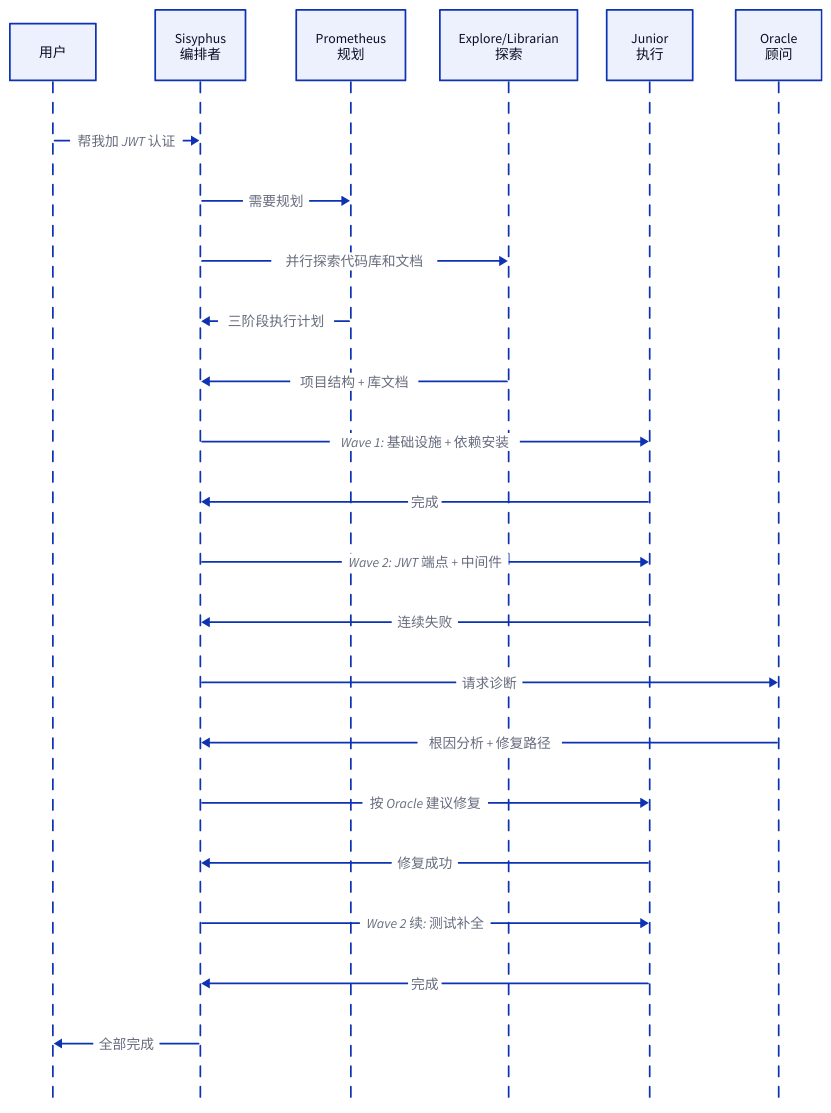
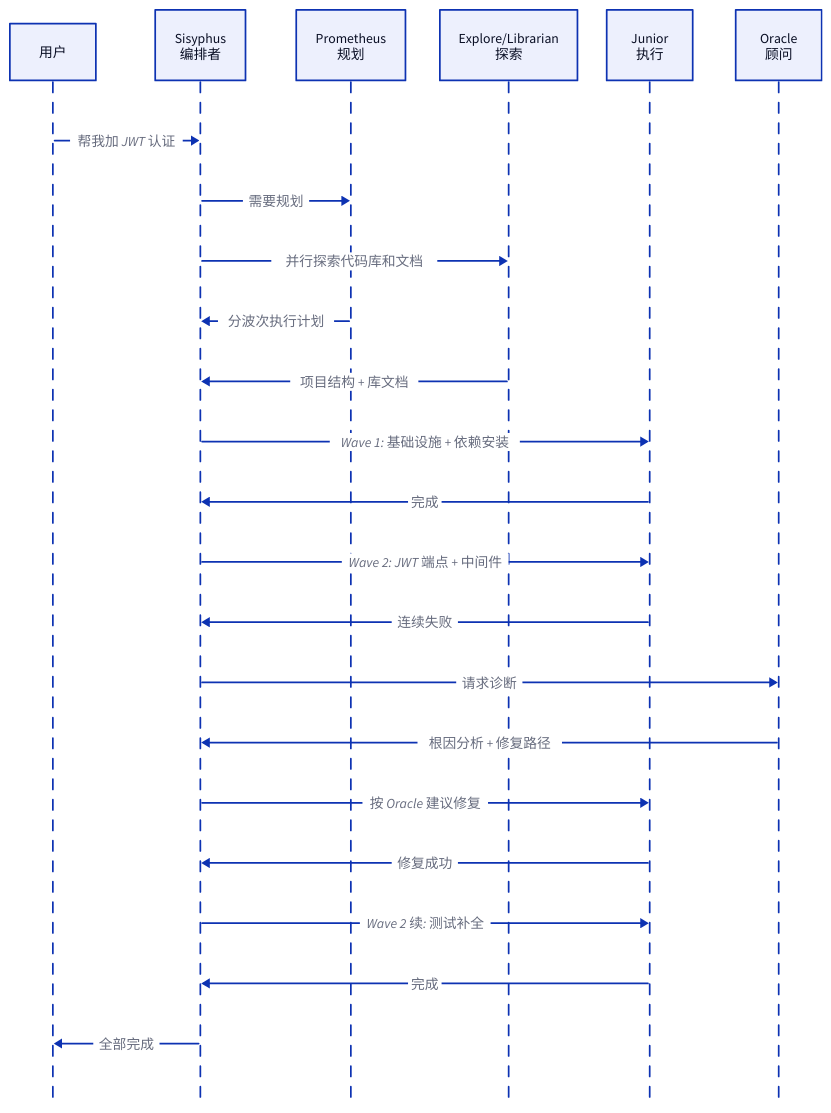
One commit to jsl9208/blog changed the second of 2 diagrams in src/data/blog/zh/oh-my-opencode-part-1.md. Above: the diagram before and after it, drawn with D2. The commit also changed other lines of this file and 3 other files, not shown here.

````diff
--- a/src/data/blog/zh/oh-my-opencode-part-1.md
+++ b/src/data/blog/zh/oh-my-opencode-part-1.md
@@ -255,26 +277,26 @@
 ```d2
 shape: sequence_diagram
 用户: 用户
 Sisyphus: "Sisyphus\n编排者"
 Prometheus: "Prometheus\n规划"
 Explore: "Explore/Librarian\n探索"
 Junior: "Junior\n执行"
 Oracle: "Oracle\n顾问"
 
 用户 -> Sisyphus: "帮我加 JWT 认证"
 Sisyphus -> Prometheus: 需要规划
 Sisyphus -> Explore: 并行探索代码库和文档
-Prometheus -> Sisyphus: 三阶段执行计划
+Prometheus -> Sisyphus: 分波次执行计划
 Explore -> Sisyphus: 项目结构 + 库文档
 Sisyphus -> Junior: "Wave 1: 基础设施 + 依赖安装"
 Junior -> Sisyphus: 完成
 Sisyphus -> Junior: "Wave 2: JWT 端点 + 中间件"
 Junior -> Sisyphus: 连续失败
 Sisyphus -> Oracle: 请求诊断
 Oracle -> Sisyphus: 根因分析 + 修复路径
 Sisyphus -> Junior: 按 Oracle 建议修复
 Junior -> Sisyphus: 修复成功
 Sisyphus -> Junior: "Wave 2 续: 测试补全"
 Junior -> Sisyphus: 完成
 Sisyphus -> 用户: 全部完成
 ```
````
